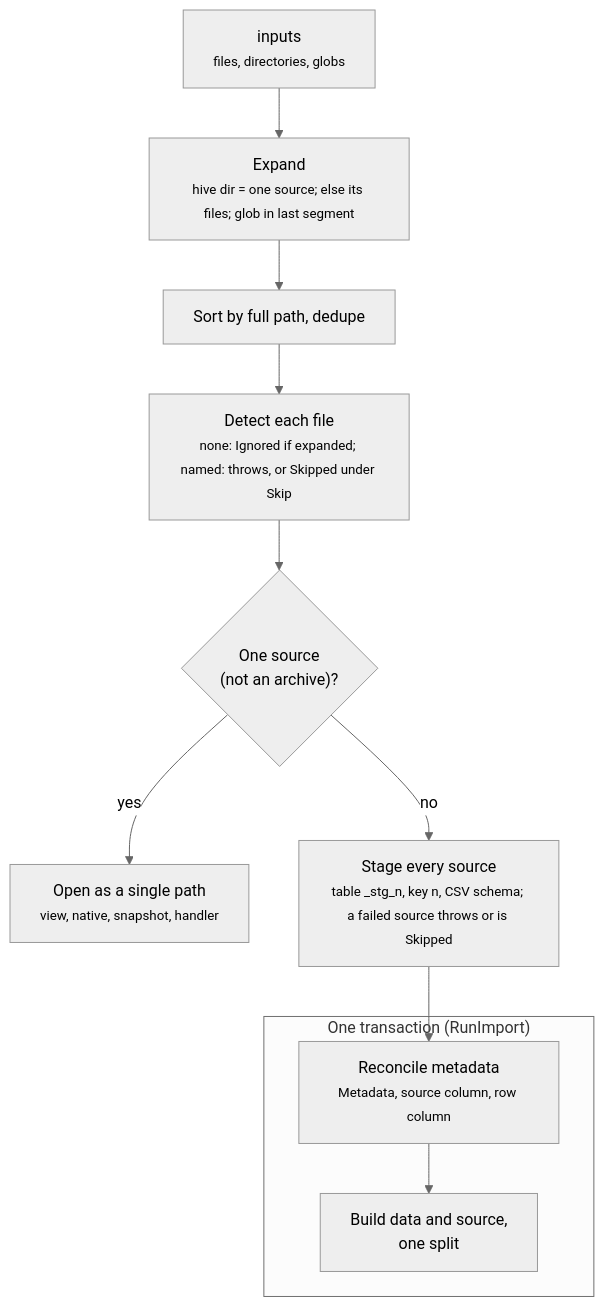
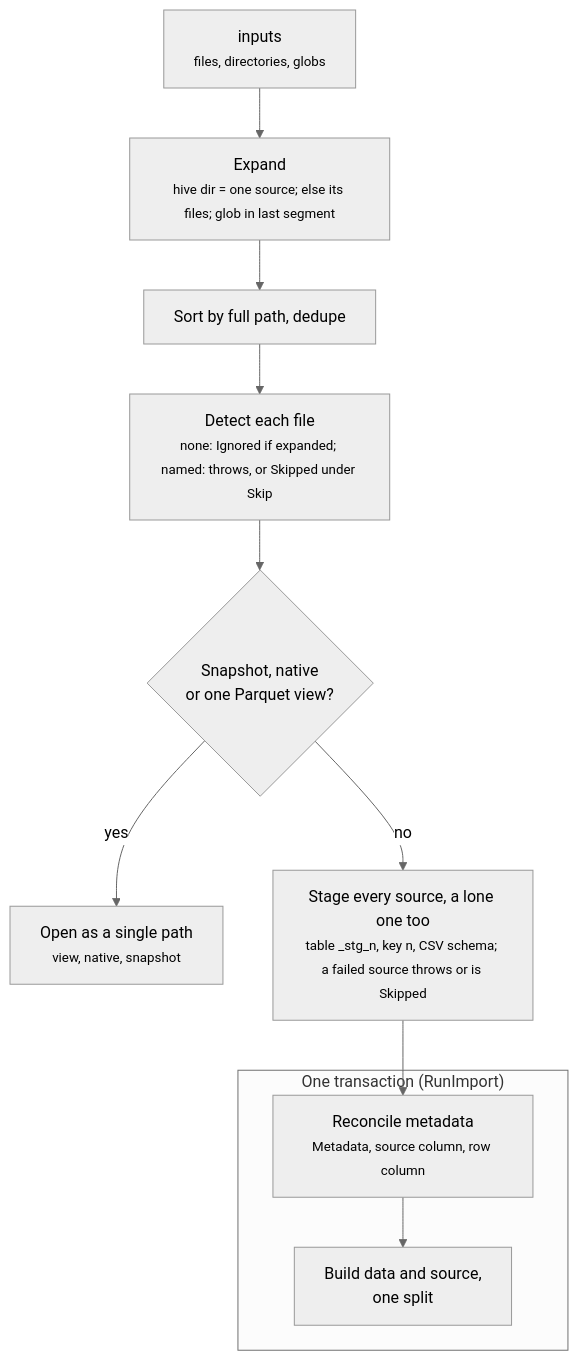
One commit to squalor-xyz/DataBall changed diagram 15 of 15 in docs/how-it-works.md. Above: the diagram before and after it, drawn with Mermaid (neutral theme). The commit also changed other lines of this file and 20 other files, not shown here.

First line of the commit message:
db-27: opens stage through one path and metadata is decided by one planner.

````diff
--- a/docs/how-it-works.md
+++ b/docs/how-it-works.md
@@ -295,13 +297,13 @@
 ```mermaid
 flowchart TD
     A["inputs<br/><small>files, directories, globs</small>"] --> B["Expand<br/><small>hive dir = one source; else its files; glob in last segment</small>"]
     B --> C["Sort by full path, dedupe"]
     C --> D["Detect each file<br/><small>none: Ignored if expanded; named: throws, or Skipped under Skip</small>"]
-    D --> E{"One source<br/>(not an archive)?"}
-    E -- yes --> F["Open as a single path<br/><small>view, native, snapshot, handler</small>"]
-    E -- no --> G["Stage every source<br/><small>table _stg_n, key n, CSV schema; a failed source throws or is Skipped</small>"]
+    D --> E{"Snapshot, native<br/>or one Parquet view?"}
+    E -- yes --> F["Open as a single path<br/><small>view, native, snapshot</small>"]
+    E -- no --> G["Stage every source, a lone one too<br/><small>table _stg_n, key n, CSV schema; a failed source throws or is Skipped</small>"]
     G --> H
     subgraph tx["One transaction (RunImport)"]
         H["Reconcile metadata<br/><small>Metadata, source column, row column</small>"] --> I["Build data and source,<br/>one split"]
     end
 ```
````
